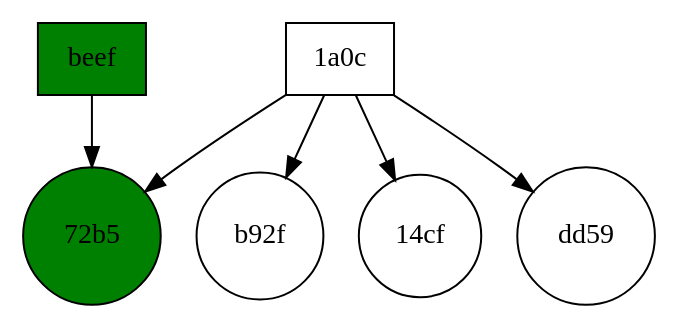
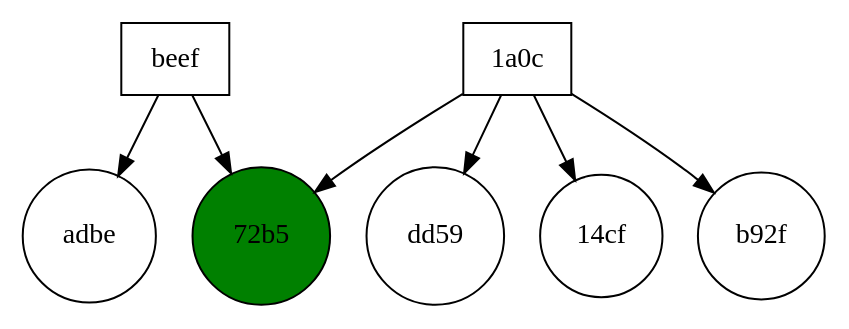
One commit to ziyadalrasbi/F20SC-CW2 changed the diagram in doctest-output/visitor.gv. Above: the diagram before and after it, drawn with Graphviz. The commit also changed 2 other files, not shown here.

```diff
--- a/doctest-output/visitor.gv
+++ b/doctest-output/visitor.gv
@@ -1,20 +1,22 @@
 digraph visitor {
 	graph [rank=min]
 	node [shape=rectangle]
-	"00000000deadbeef" [label=beef fillcolor=green shape=rectangle style=filled]
+	"00000000deadbeef" [label=beef fillcolor=white shape=rectangle style=filled]
+	"00000000deadbeef" -> "aaaaaaaaaaaa-00000000df1ad06a86c40000000feadbe"
 	"00000000deadbeef" -> "100806162735-00000000115598650cb8b514246272b5"
 	"4108dc09bfe11a0c" [label="1a0c" fillcolor=white shape=rectangle style=filled]
+	"4108dc09bfe11a0c" -> "100405170355-00000000ee4bfd24d2ff703b9147dd59"
+	"4108dc09bfe11a0c" -> "101122221951-00000000a695c340822e61891c8f14cf"
 	"4108dc09bfe11a0c" -> "100806172045-0000000081705fbea3553bd0d745b92f"
 	"4108dc09bfe11a0c" -> "100806162735-00000000115598650cb8b514246272b5"
-	"4108dc09bfe11a0c" -> "101122221951-00000000a695c340822e61891c8f14cf"
-	"4108dc09bfe11a0c" -> "100405170355-00000000ee4bfd24d2ff703b9147dd59"
 	subgraph document {
 		graph [rank=max]
 		node [shape=circle]
 		"100405170355-00000000ee4bfd24d2ff703b9147dd59" [label=dd59 fillcolor=white shape=circle]
 		"100806162735-00000000115598650cb8b514246272b5" [label="72b5" fillcolor=green shape=circle style=filled]
 		"100806162735-00000000115598650cb8b514246272b5" [label="72b5" fillcolor=green shape=circle style=filled]
 		"100806172045-0000000081705fbea3553bd0d745b92f" [label=b92f fillcolor=white shape=circle]
 		"101122221951-00000000a695c340822e61891c8f14cf" [label="14cf" fillcolor=white shape=circle]
+		"aaaaaaaaaaaa-00000000df1ad06a86c40000000feadbe" [label=adbe fillcolor=white shape=circle]
 	}
 }
```
